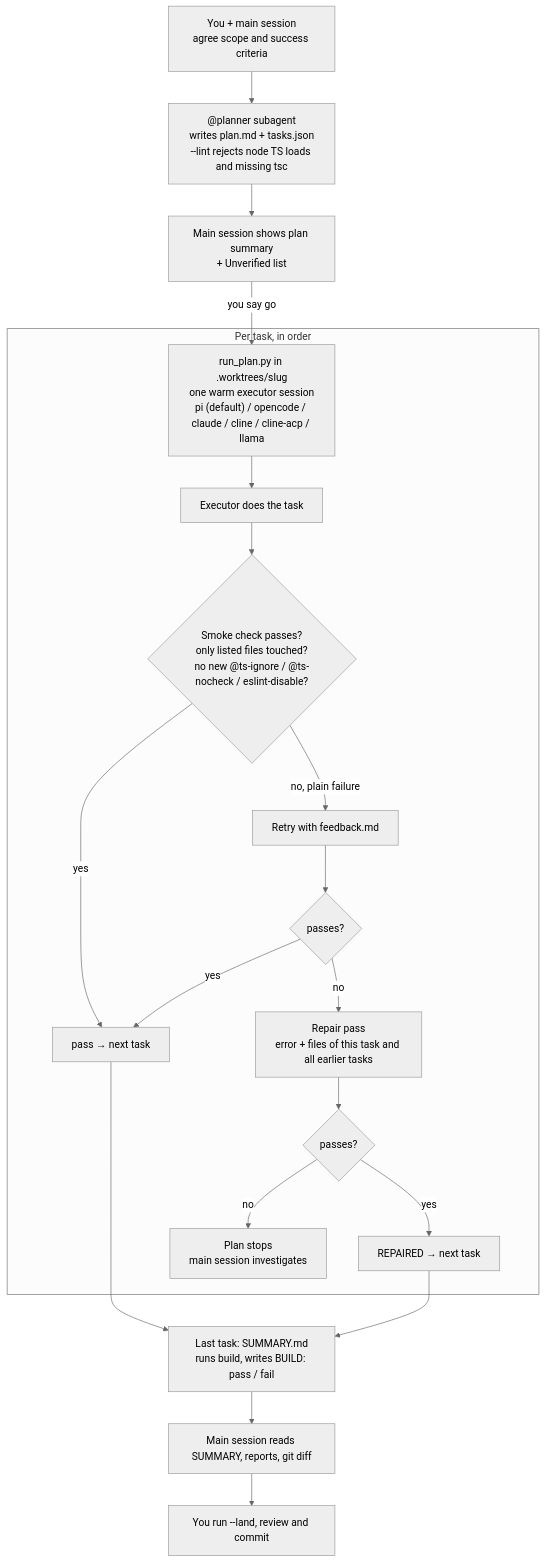
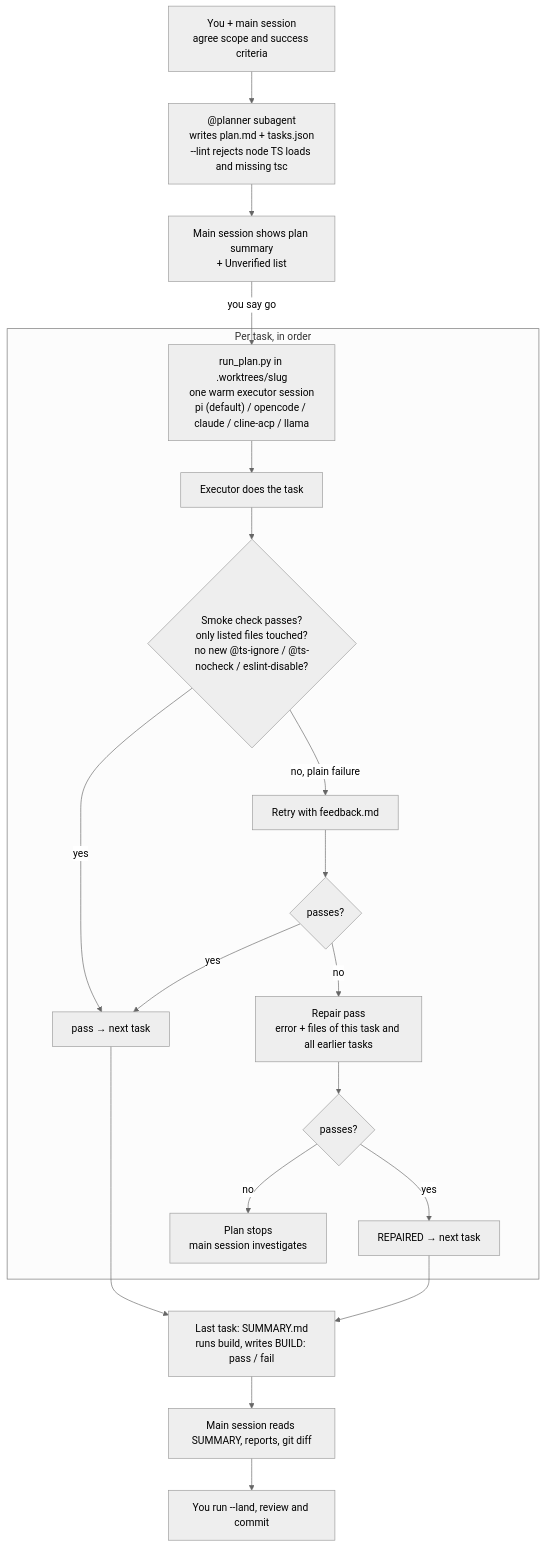
One commit to UfozDelta/ufoz-harness changed the diagram in docs/mermaid.md. Above: the diagram before and after it, drawn with Mermaid (neutral theme). The commit also changed other lines of this file and 6 other files, not shown here.

````diff
--- a/docs/mermaid.md
+++ b/docs/mermaid.md
@@ -3,24 +3,24 @@
 ```mermaid
 flowchart TD
     A[You + main session<br/>agree scope and success criteria] --> B["@planner subagent<br/>writes plan.md + tasks.json<br/>--lint rejects node TS loads and missing tsc"]
     B --> C[Main session shows plan summary<br/>+ Unverified list]
-    C -->|you say go| D["run_plan.py in .worktrees/slug<br/>one warm executor session<br/>pi (default) / opencode / claude / cline / cline-acp / llama"]
+    C -->|you say go| D["run_plan.py in .worktrees/slug<br/>one warm executor session<br/>pi (default) / opencode / claude / cline-acp / llama"]
 
     subgraph Task["Per task, in order"]
         D --> E[Executor does the task]
         E --> F{Smoke check passes?<br/>only listed files touched?<br/>no new @ts-ignore / @ts-nocheck / eslint-disable?}
         F -->|yes| G[pass → next task]
         F -->|no, plain failure| H[Retry with feedback.md]
         H --> F2{passes?}
         F2 -->|yes| G
         F2 -->|no| R[Repair pass<br/>error + files of this task and all earlier tasks]
         R --> F3{passes?}
         F3 -->|yes| G2[REPAIRED → next task]
         F3 -->|no| X[Plan stops<br/>main session investigates]
     end
 
     G --> S[Last task: SUMMARY.md<br/>runs build, writes BUILD: pass / fail]
     G2 --> S
     S --> V[Main session reads SUMMARY, reports, git diff]
     V --> Y[You run --land, review and commit]
 ```
````
